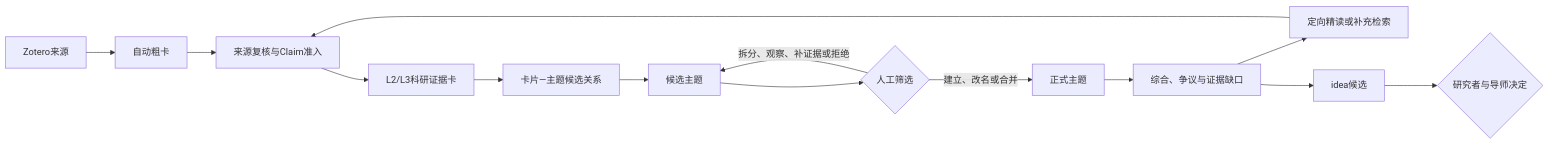
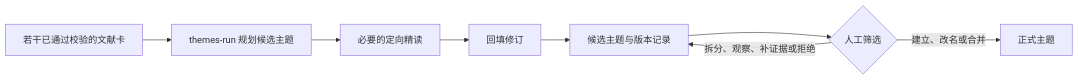
The second of 2 diagrams in docs/hydro-platform/flows.md (iHeadWater/mylibrary), drawn with Mermaid before and after one commit. The commit also changed other lines of this file and 32 other files, not shown here.

````diff
--- a/docs/hydro-platform/flows.md
+++ b/docs/hydro-platform/flows.md
@@ -39,16 +35,10 @@
 ```mermaid
 flowchart LR
-    Z[Zotero来源] --> R[自动粗卡]
-    R --> V[来源复核与Claim准入]
-    V --> E[L2/L3科研证据卡]
-    E --> REL[卡片—主题候选关系]
-    REL --> P[候选主题]
-    P --> H{人工筛选}
+    D[若干已通过校验的文献卡] --> P[themes-run 规划候选主题]
+    P --> R[必要的定向精读]
+    R --> B[回填修订]
+    B --> C[候选主题与版本记录]
+    C --> H{人工筛选}
     H -->|建立、改名或合并| T[正式主题]
-    H -->|拆分、观察、补证据或拒绝| P
-    T --> G[综合、争议与证据缺口]
-    G --> Q[定向精读或补充检索]
-    Q --> V
-    G --> I[idea候选]
-    I --> M{研究者与导师决定}
+    H -->|拆分、观察、补证据或拒绝| C
 ```
````
